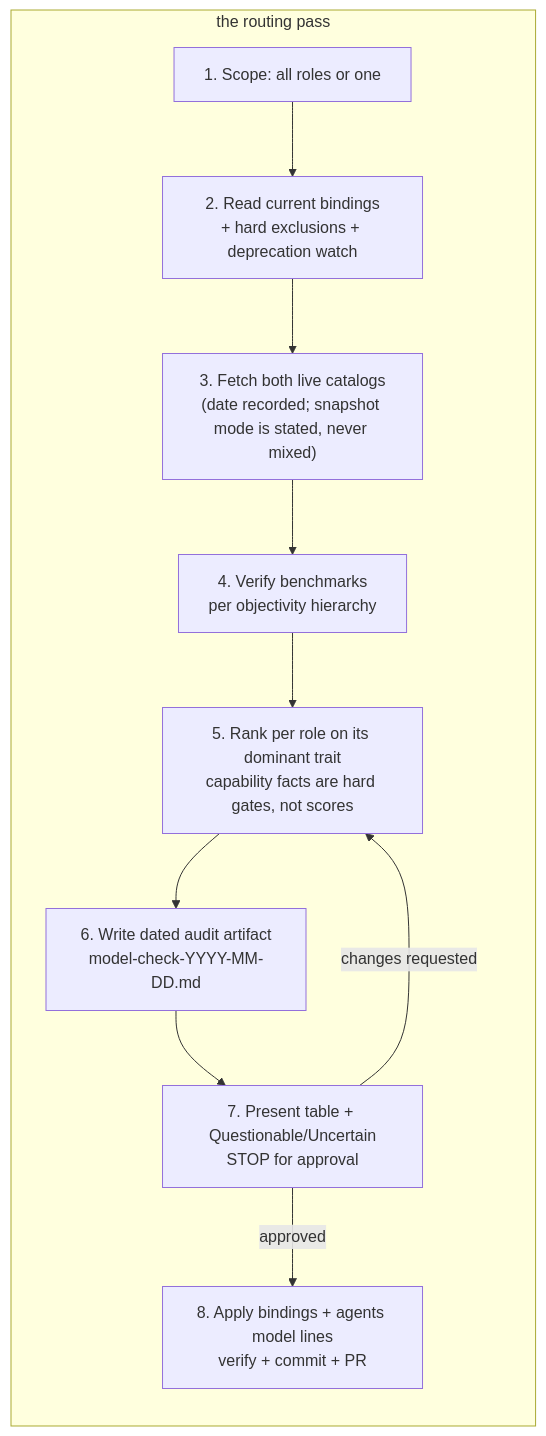
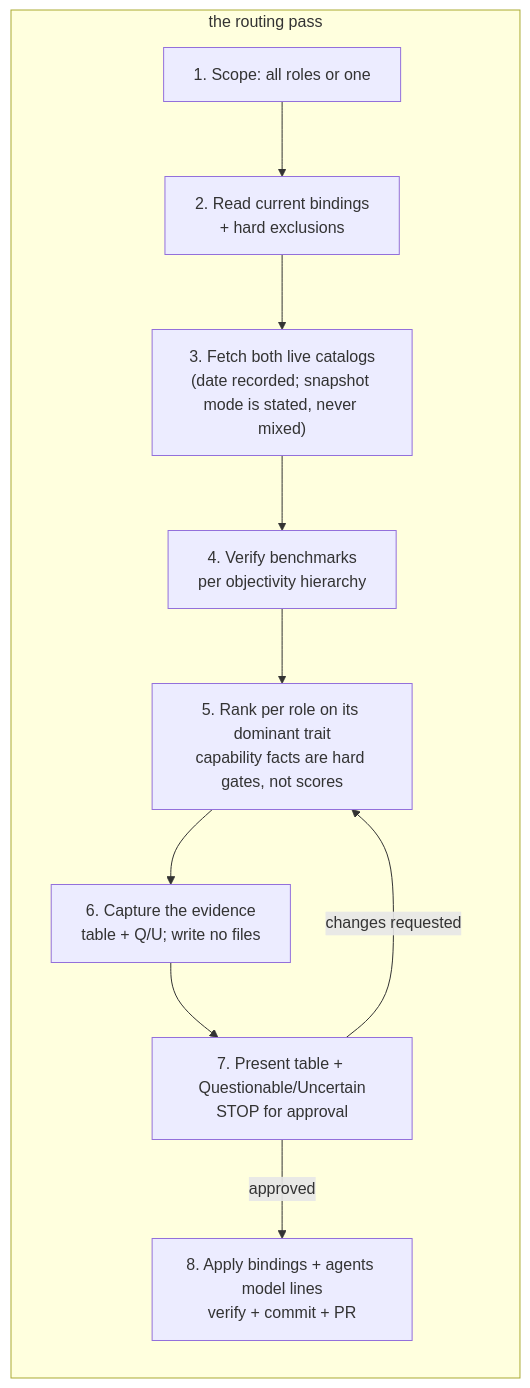
One commit to hierovision/ai-framework changed the eighth of 13 diagrams in docs/CONCEPTS.md. Above: the diagram before and after it, drawn with Mermaid. The commit also changed other lines of this file and 8 other files, not shown here.

````diff
--- a/docs/CONCEPTS.md
+++ b/docs/CONCEPTS.md
@@ -431,14 +427,14 @@
 ```mermaid
 flowchart TB
     subgraph PASS["the routing pass"]
         direction TB
-        A["1. Scope: all roles or one"] --> B["2. Read current bindings<br/>+ hard exclusions + deprecation watch"]
+        A["1. Scope: all roles or one"] --> B["2. Read current bindings<br/>+ hard exclusions"]
         B --> C["3. Fetch both live catalogs<br/>(date recorded; snapshot mode is stated, never mixed)"]
         C --> D["4. Verify benchmarks<br/>per objectivity hierarchy"]
         D --> E["5. Rank per role on its dominant trait<br/>capability facts are hard gates, not scores"]
-        E --> F["6. Write dated audit artifact<br/>model-check-YYYY-MM-DD.md"]
+        E --> F["6. Capture the evidence<br/>table + Q/U; write no files"]
         F --> G["7. Present table + Questionable/Uncertain<br/>STOP for approval"]
         G -->|approved| H["8. Apply bindings + agents model lines<br/>verify + commit + PR"]
         G -->|changes requested| E
     end
 ```
````
